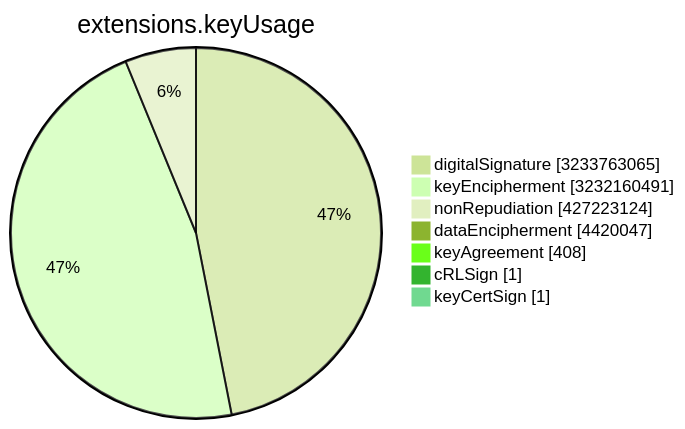
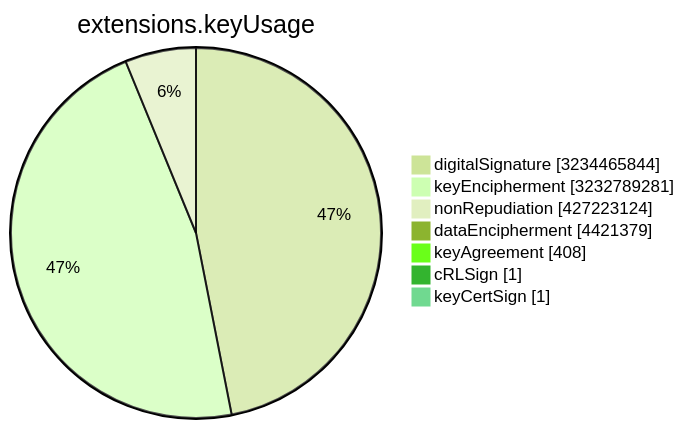
Before and after one commit to christiankrug/ctmonitor_visualization: the sixth of 15 diagrams in TOTAL/README.md, drawn with Mermaid (forest theme). The commit also changed other lines of this file, not shown here.

````diff
--- a/TOTAL/README.md
+++ b/TOTAL/README.md
@@ -3077,11 +3077,11 @@
 ```mermaid
 pie showData
 title extensions.keyUsage
-"digitalSignature" :3233763065
-"keyEncipherment" :3232160491
+"digitalSignature" :3234465844
+"keyEncipherment" :3232789281
 "nonRepudiation" :427223124
-"dataEncipherment" :4420047
+"dataEncipherment" :4421379
 "keyAgreement" :408
 "cRLSign" :1
 "keyCertSign" :1
 ```
````
